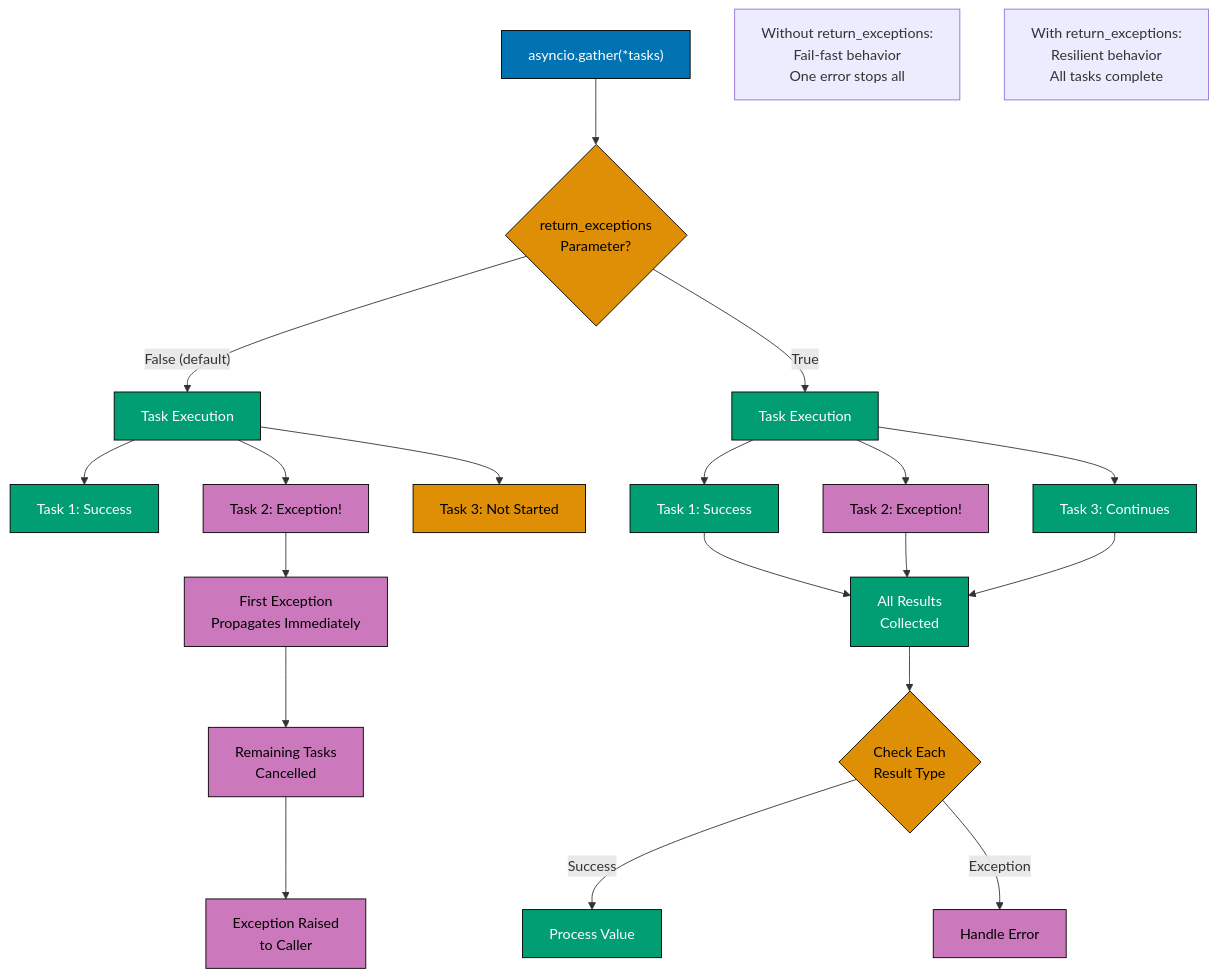
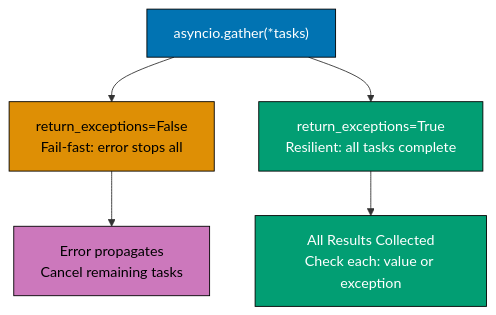
One commit to wahidyankf/open-sharia-enterprise changed the eighth of 8 diagrams in docs/explanation/software-engineering/programming-languages/python/concurrency-and-parallelism.md. Above: the diagram before and after it, drawn with Mermaid. The commit also changed other lines of this file and 12 other files, not shown here.

First line of the commit message:
fix(docs): fix mermaid violations in python docs

````diff
--- a/docs/explanation/software-engineering/programming-languages/python/concurrency-and-parallelism.md
+++ b/docs/explanation/software-engineering/programming-languages/python/concurrency-and-parallelism.md
@@ -708,38 +676,17 @@
 ```mermaid
 %% Color Palette: Blue #0173B2, Orange #DE8F05, Teal #029E73, Purple #CC78BC
 %% All colors are color-blind friendly and meet WCAG AA contrast standards
 
 graph TD
-    A["asyncio.gather(*tasks)"]:::blue --> B{"return_exceptions<br/>Parameter?"}:::orange
+    A["asyncio.gather#40;*tasks#41;"]:::blue --> B["return_exceptions=False<br/>Fail-fast: error stops all"]:::orange
+    A --> C["return_exceptions=True<br/>Resilient: all tasks complete"]:::teal
 
-    B -->|"False (default)"| C["Task Execution"]:::teal
-    B -->|"True"| D["Task Execution"]:::teal
+    B --> B1["Error propagates<br/>Cancel remaining tasks"]:::purple
 
-    C --> C1["Task 1: Success"]:::teal
-    C --> C2["Task 2: Exception!"]:::purple
-    C --> C3["Task 3: Not Started"]:::orange
-
-    C2 --> Fail["First Exception<br/>Propagates Immediately"]:::purple
-    Fail --> Cancel["Remaining Tasks<br/>Cancelled"]:::purple
-    Cancel --> Raise["Exception Raised<br/>to Caller"]:::purple
-
-    D --> D1["Task 1: Success"]:::teal
-    D --> D2["Task 2: Exception!"]:::purple
-    D --> D3["Task 3: Continues"]:::teal
-
-    D1 --> Results["All Results<br/>Collected"]:::teal
-    D2 --> Results
-    D3 --> Results
-
-    Results --> Check{"Check Each<br/>Result Type"}:::orange
-    Check -->|"Success"| Process["Process Value"]:::teal
-    Check -->|"Exception"| Handle["Handle Error"]:::purple
-
-    Note1["Without return_exceptions:<br/>Fail-fast behavior<br/>One error stops all"]
-    Note2["With return_exceptions:<br/>Resilient behavior<br/>All tasks complete"]
+    C --> R["All Results Collected<br/>Check each: value or exception"]:::teal
 
     classDef blue fill:#0173B2,stroke:#000,color:#fff
     classDef orange fill:#DE8F05,stroke:#000,color:#000
     classDef teal fill:#029E73,stroke:#000,color:#fff
     classDef purple fill:#CC78BC,stroke:#000,color:#000
 ```
````
